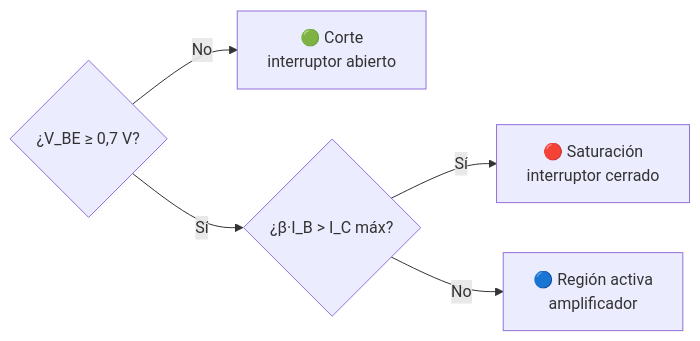
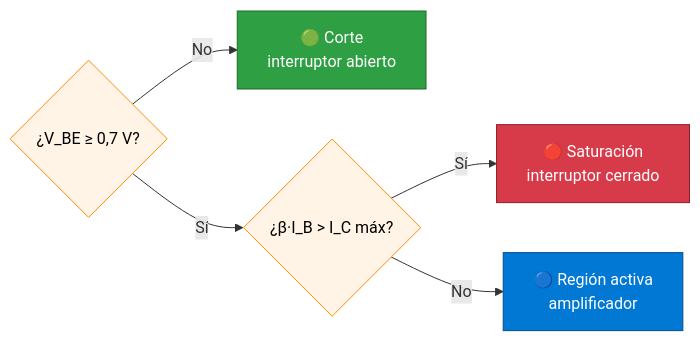
Before and after one commit to manuelponcearmijos-lgtm/cuadernoDisenoCircuitos: the second of 4 diagrams in Unidad_1.md, drawn with Mermaid. The commit also changed other lines of this file and 2 other files, not shown here.

Commit message:
Mejorar el diseño del cuaderno: alertas, insignias, botones de navegación y diagramas con color

````diff
--- a/Unidad_1.md
+++ b/Unidad_1.md
@@ -65,7 +100,15 @@
 ```mermaid
 flowchart LR
     A{"¿V_BE ≥ 0,7 V?"} -- No --> B["🟢 Corte<br/>interruptor abierto"]
     A -- Sí --> C{"¿β·I_B > I_C máx?"}
     C -- Sí --> D["🔴 Saturación<br/>interruptor cerrado"]
     C -- No --> E["🔵 Región activa<br/>amplificador"]
+    classDef corte fill:#2EA043,stroke:#1A6B2B,color:#ffffff
+    classDef sat fill:#D73A49,stroke:#8E1F2A,color:#ffffff
+    classDef act fill:#0078D4,stroke:#004E8C,color:#ffffff
+    classDef pregunta fill:#FFF4E5,stroke:#FF8C00,color:#000000
+    class B corte
+    class D sat
+    class E act
+    class A,C pregunta
 ```
````
